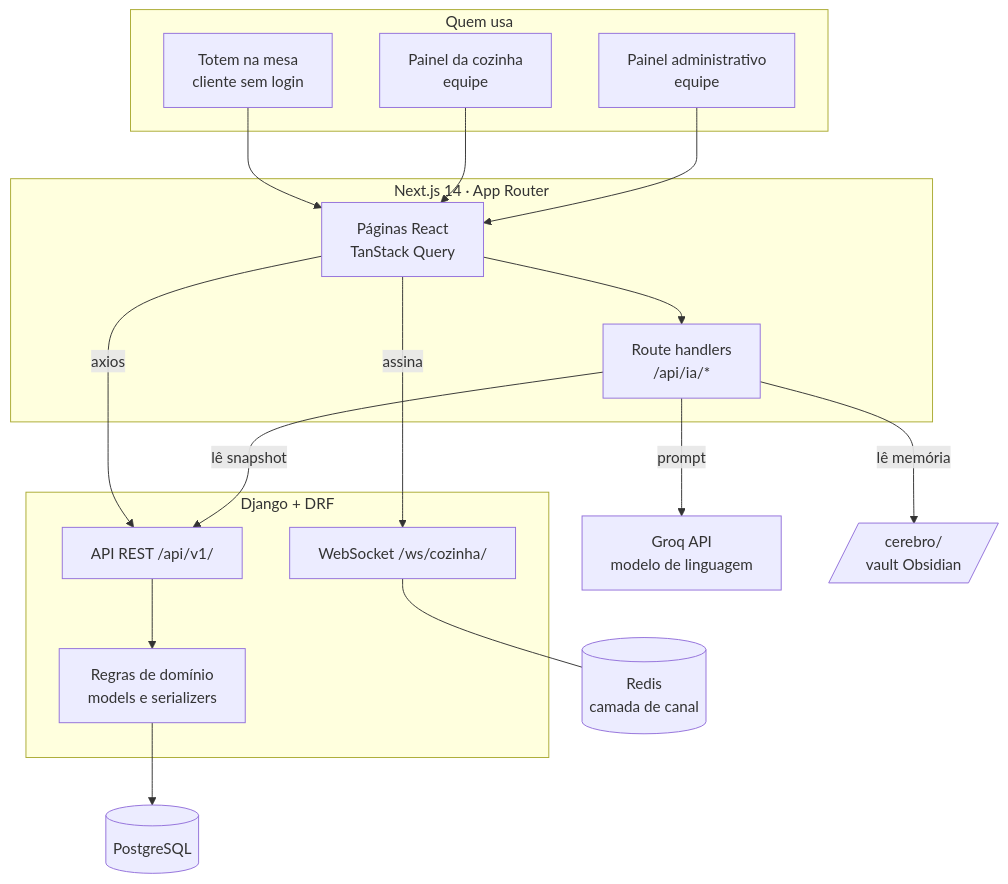
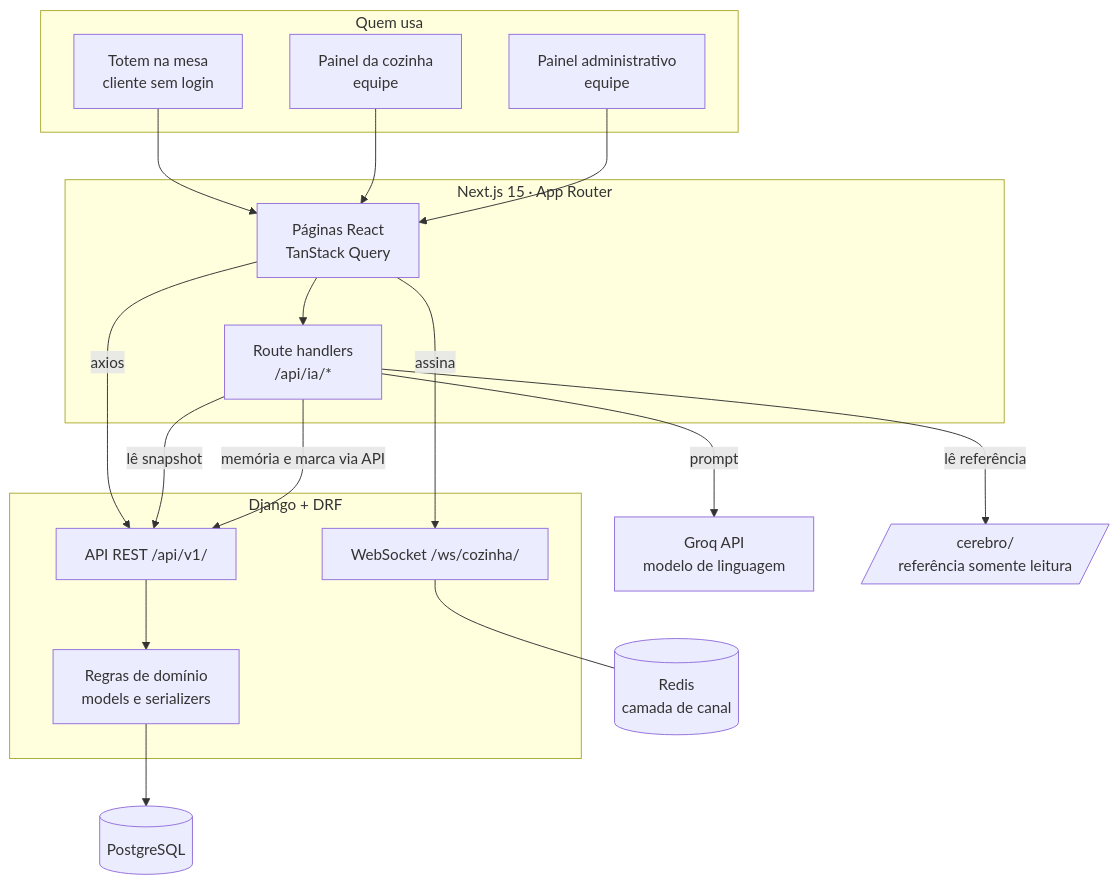
One commit to SynkPedrin/SmartFood-TCC changed the first of 2 diagrams in docs/02-arquitetura.md. Above: the diagram before and after it, drawn with Mermaid. The commit also changed other lines of this file and 91 other files, not shown here.

First line of the commit message:
Producao: Next 15 + Django 5.2, app restaurante, acompanhamento de pedido e auditoria

````diff
--- a/docs/02-arquitetura.md
+++ b/docs/02-arquitetura.md
@@ -5,36 +5,37 @@
 ```mermaid
 flowchart TB
     subgraph clientes[Quem usa]
         totem[Totem na mesa<br/>cliente sem login]
         cozinha[Painel da cozinha<br/>equipe]
         admin[Painel administrativo<br/>equipe]
     end
 
-    subgraph front[Next.js 14 · App Router]
+    subgraph front[Next.js 15 · App Router]
         paginas[Páginas React<br/>TanStack Query]
         rotas[Route handlers<br/>/api/ia/*]
     end
 
     subgraph back[Django + DRF]
         api[API REST /api/v1/]
         ws[WebSocket /ws/cozinha/]
         regras[Regras de domínio<br/>models e serializers]
     end
 
     banco[(PostgreSQL)]
     redis[(Redis<br/>camada de canal)]
     groq[Groq API<br/>modelo de linguagem]
-    vault[/cerebro/<br/>vault Obsidian/]
+    vault[/cerebro/<br/>referência somente leitura/]
 
     totem --> paginas
     cozinha --> paginas
     admin --> paginas
     paginas -->|axios| api
     paginas -->|assina| ws
     paginas --> rotas
     rotas -->|lê snapshot| api
-    rotas -->|lê memória| vault
+    rotas -->|lê referência| vault
+    rotas -->|memória e marca via API| api
     rotas -->|prompt| groq
     api --> regras --> banco
     ws --- redis
 ```
````
